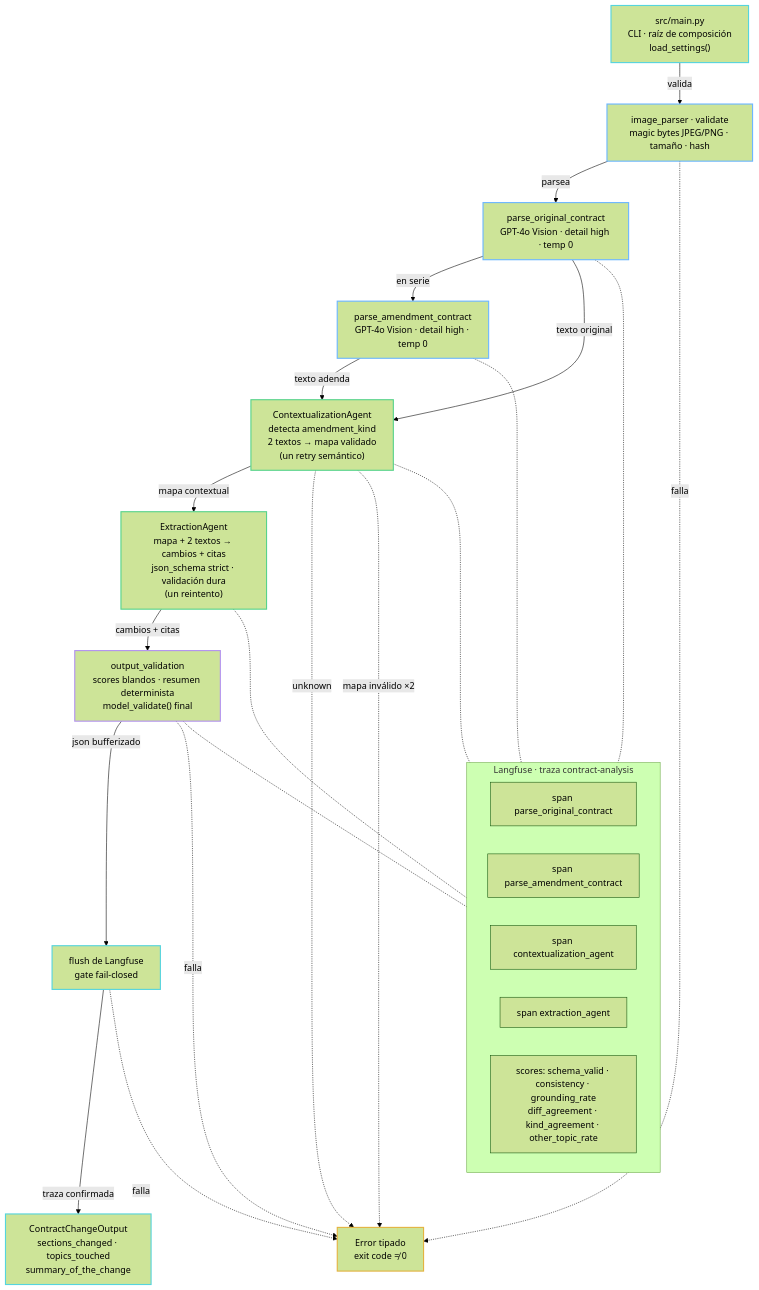
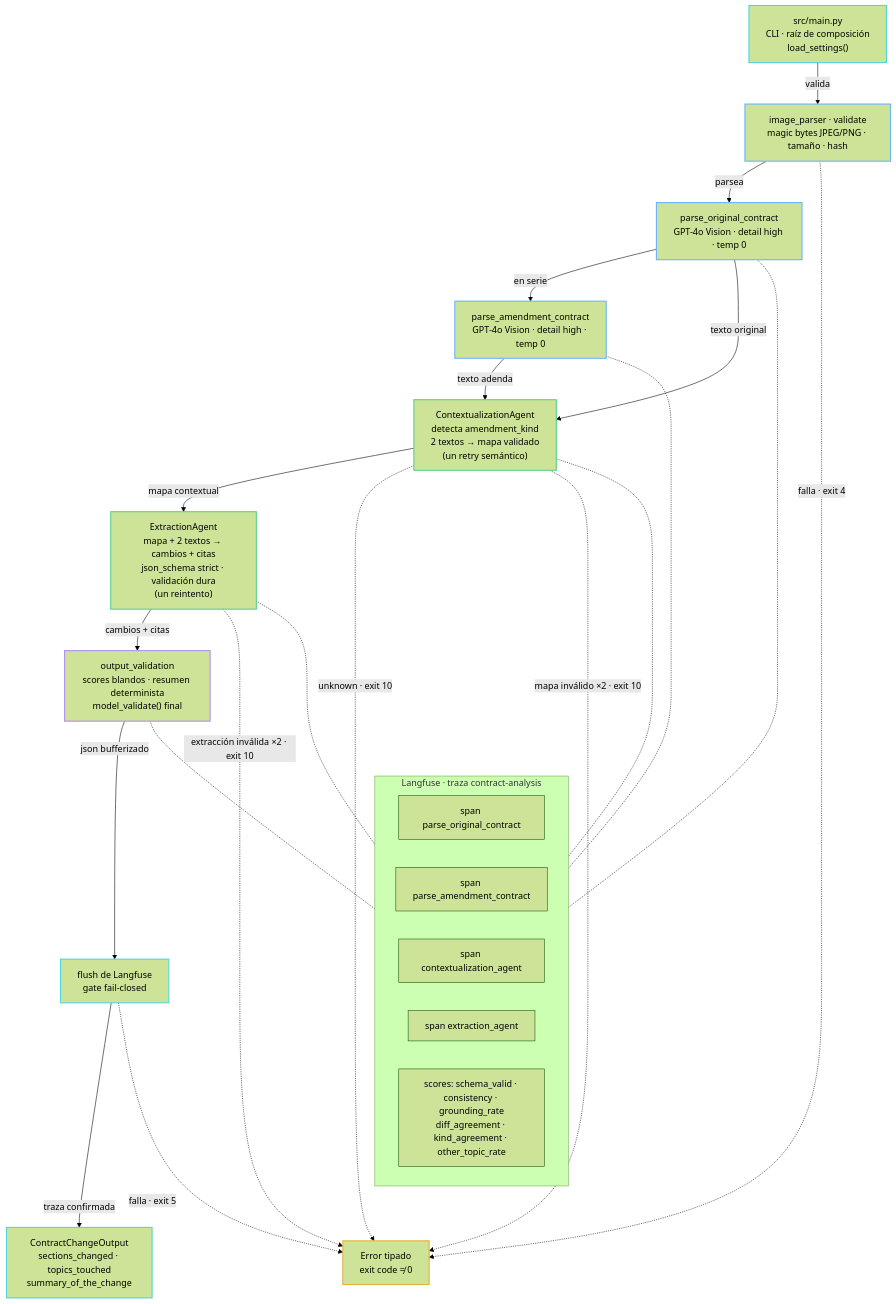
One commit to GDC94/M4-LegalMove changed the diagram in plan.md. Above: the diagram before and after it, drawn with Mermaid (forest theme). The commit also changed other lines of this file and 7 other files, not shown here.

First line of the commit message:
docs: deliver phase 1 README, trace capture, diagram and known traps

````diff
--- a/plan.md
+++ b/plan.md
@@ -1098,54 +1099,54 @@
 ```mermaid
 flowchart TD
     CLI["src/main.py<br/>CLI · raíz de composición<br/>load_settings()"]
     VAL["image_parser · validate<br/>magic bytes JPEG/PNG · tamaño · hash"]
     PO["parse_original_contract<br/>GPT-4o Vision · detail high · temp 0"]
     PA["parse_amendment_contract<br/>GPT-4o Vision · detail high · temp 0"]
     CTX["ContextualizationAgent<br/>detecta amendment_kind<br/>2 textos → mapa validado<br/>(un retry semántico)"]
     EXT["ExtractionAgent<br/>mapa + 2 textos → cambios + citas<br/>json_schema strict · validación dura<br/>(un reintento)"]
     CHK["output_validation<br/>scores blandos · resumen determinista<br/>model_validate() final"]
     FLUSH["flush de Langfuse<br/>gate fail-closed"]
     OUT["ContractChangeOutput<br/>sections_changed · topics_touched<br/>summary_of_the_change"]
     ERR["Error tipado<br/>exit code ≠ 0"]
 
     CLI -->|valida| VAL
     VAL -->|parsea| PO
     PO -->|en serie| PA
     PO -->|texto original| CTX
     PA -->|texto adenda| CTX
     CTX -->|mapa contextual| EXT
     EXT -->|cambios + citas| CHK
     CHK -->|json bufferizado| FLUSH
     FLUSH -->|traza confirmada| OUT
-    VAL -.->|falla| ERR
-    CHK -.->|falla| ERR
-    CTX -.->|unknown| ERR
-    CTX -.->|mapa inválido ×2| ERR
-    FLUSH -.->|falla| ERR
+    VAL -.->|falla · exit 4| ERR
+    CTX -.->|unknown · exit 10| ERR
+    CTX -.->|mapa inválido ×2 · exit 10| ERR
+    EXT -.->|extracción inválida ×2 · exit 10| ERR
+    FLUSH -.->|falla · exit 5| ERR
 
     subgraph LF["Langfuse · traza contract-analysis"]
         direction LR
         S1["span parse_original_contract"]
         S2["span parse_amendment_contract"]
         S3["span contextualization_agent"]
         S4["span extraction_agent"]
         SC["scores: schema_valid · consistency · grounding_rate<br/>diff_agreement · kind_agreement · other_topic_rate"]
     end
 
     PO -.- S1
     PA -.- S2
     CTX -.- S3
     EXT -.- S4
     CHK -.- SC
 
     classDef cli stroke:#56d4dd,stroke-width:2px
     classDef vision stroke:#6cb6ff,stroke-width:2px
     classDef agent stroke:#57d38c,stroke-width:2px
     classDef valid stroke:#b392f0,stroke-width:2px
     classDef alert stroke:#e3b341,stroke-width:2px
     class CLI,OUT,FLUSH cli
     class VAL,PO,PA vision
     class CTX,EXT agent
     class CHK valid
     class ERR alert
 ```
````
